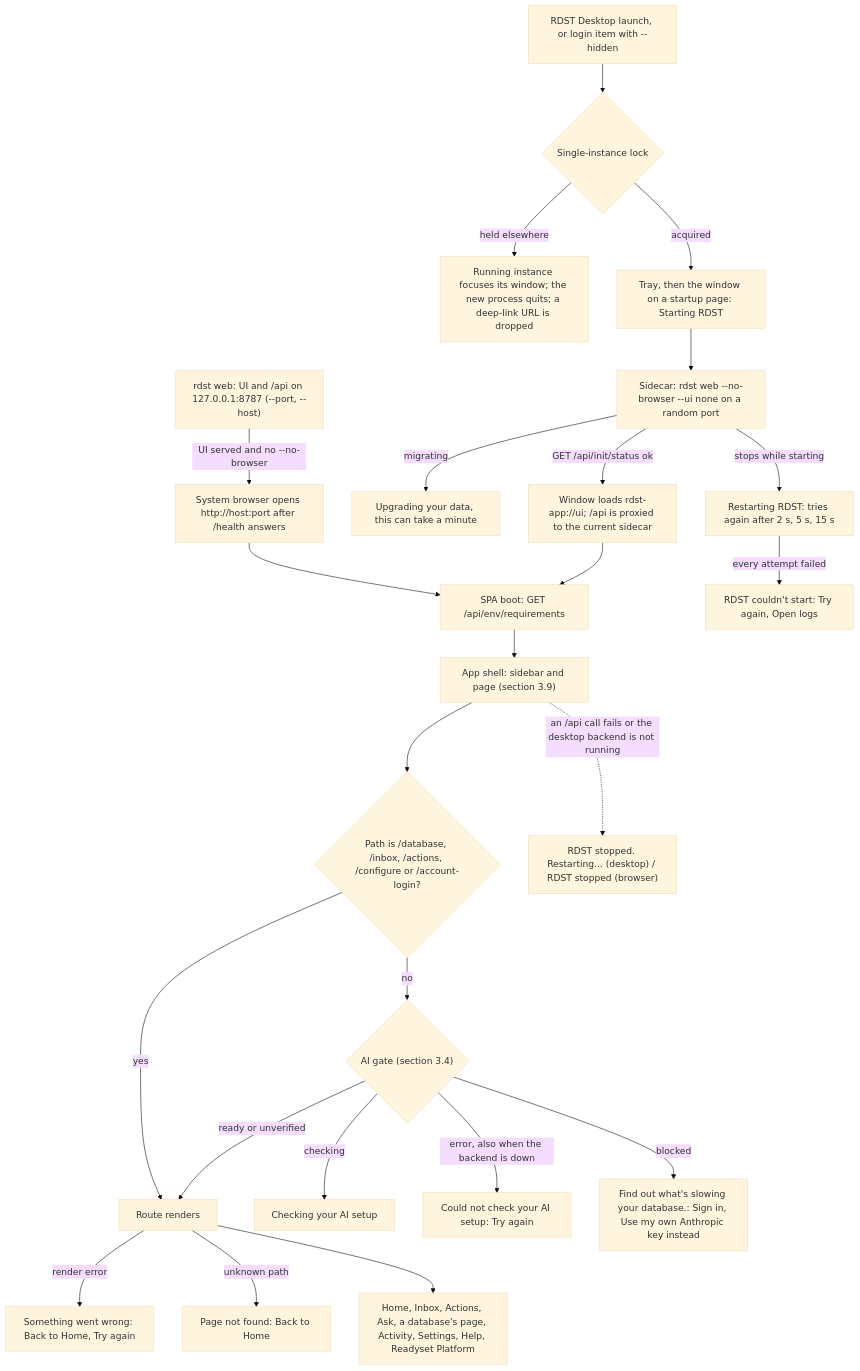
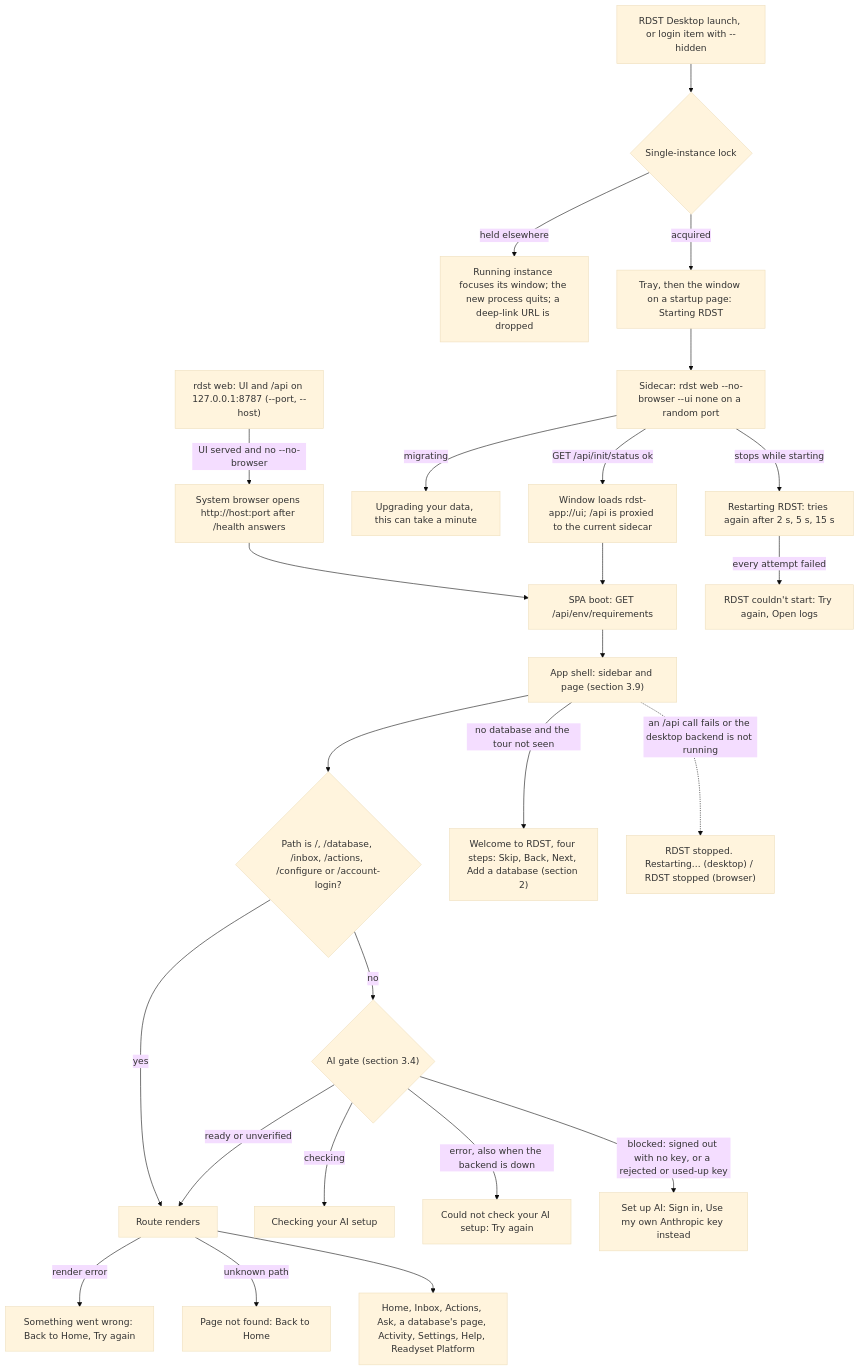
One commit to readysettech/rdst changed the first of 16 diagrams in web/relentless/UX_MAP.md. Above: the diagram before and after it, drawn with Mermaid (base theme). The commit also changed other lines of this file and 32 other files, not shown here.

````diff
--- a/web/relentless/UX_MAP.md
+++ b/web/relentless/UX_MAP.md
@@ -50,27 +50,28 @@
 ```mermaid
 flowchart TD
   launch_web["rdst web: UI and /api on 127.0.0.1:8787 (--port, --host)"] -->|"UI served and no --no-browser"| web_open["System browser opens http://host:port after /health answers"]
   web_open --> spa_boot
   launch_desk["RDST Desktop launch, or login item with --hidden"] --> desk_lock{"Single-instance lock"}
   desk_lock -->|"held elsewhere"| desk_focus["Running instance focuses its window; the new process quits; a deep-link URL is dropped"]
   desk_lock -->|"acquired"| desk_tray["Tray, then the window on a startup page: Starting RDST"]
   desk_tray --> desk_sidecar["Sidecar: rdst web --no-browser --ui none on a random port"]
   desk_sidecar -->|"migrating"| desk_mig["Upgrading your data, this can take a minute"]
   desk_sidecar -->|"stops while starting"| desk_retry["Restarting RDST: tries again after 2 s, 5 s, 15 s"]
   desk_retry -->|"every attempt failed"| desk_fail["RDST couldn't start: Try again, Open logs"]
   desk_sidecar -->|"GET /api/init/status ok"| desk_load["Window loads rdst-app://ui; /api is proxied to the current sidecar"]
   desk_load --> spa_boot["SPA boot: GET /api/env/requirements"]
 
   spa_boot --> shell["App shell: sidebar and page (section 3.9)"]
-  shell --> exempt{"Path is /database, /inbox, /actions, /configure or /account-login?"}
+  shell --> exempt{"Path is /, /database, /inbox, /actions, /configure or /account-login?"}
   exempt -->|"yes"| route["Route renders"]
   exempt -->|"no"| gate{"AI gate (section 3.4)"}
   gate -->|"checking"| g_check["Checking your AI setup"]
   gate -->|"error, also when the backend is down"| g_err["Could not check your AI setup: Try again"]
-  gate -->|"blocked"| g_block["Find out what's slowing your database.: Sign in, Use my own Anthropic key instead"]
+  gate -->|"blocked: signed out with no key, or a rejected or used-up key"| g_block["Set up AI: Sign in, Use my own Anthropic key instead"]
   gate -->|"ready or unverified"| route
   route -->|"render error"| root_err["Something went wrong: Back to Home, Try again"]
   route -->|"unknown path"| root_404["Page not found: Back to Home"]
   route --> pages["Home, Inbox, Actions, Ask, a database's page, Activity, Settings, Help, Readyset Platform"]
+  shell -->|"no database and the tour not seen"| tour["Welcome to RDST, four steps: Skip, Back, Next, Add a database (section 2)"]
   shell -.->|"an /api call fails or the desktop backend is not running"| down["RDST stopped. Restarting... (desktop) / RDST stopped (browser)"]
 ```
````
